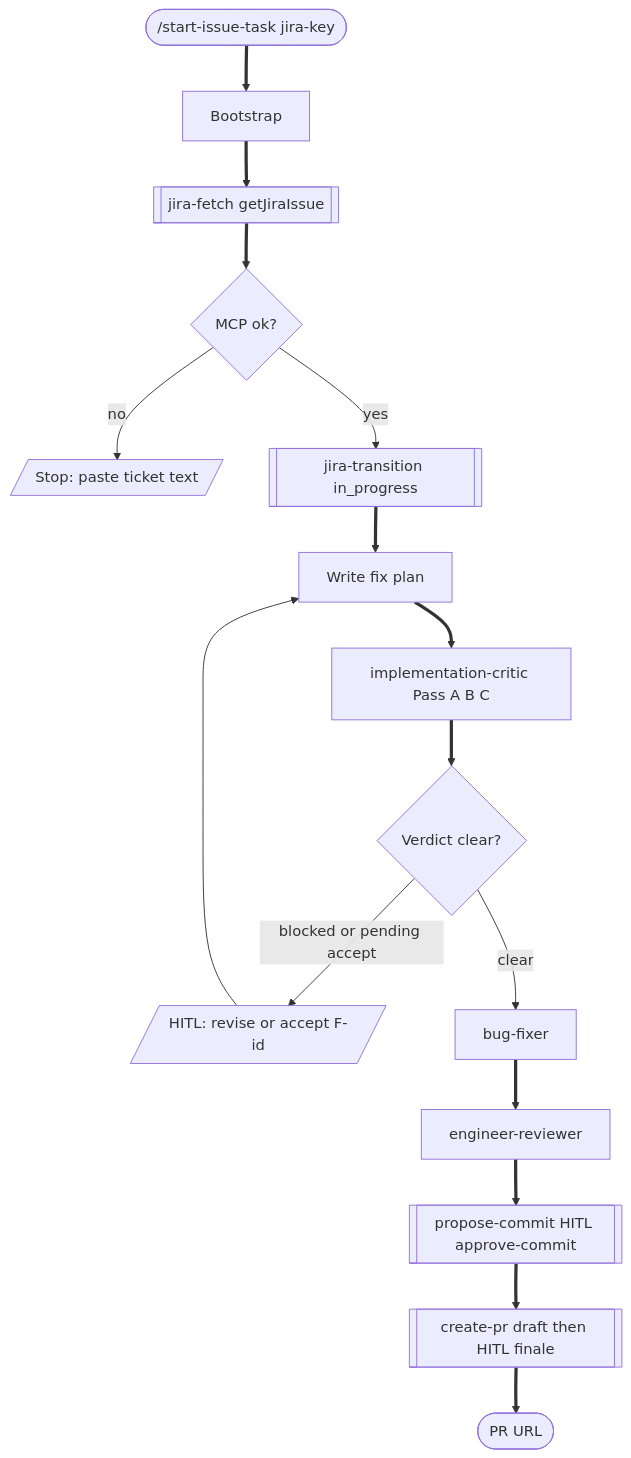
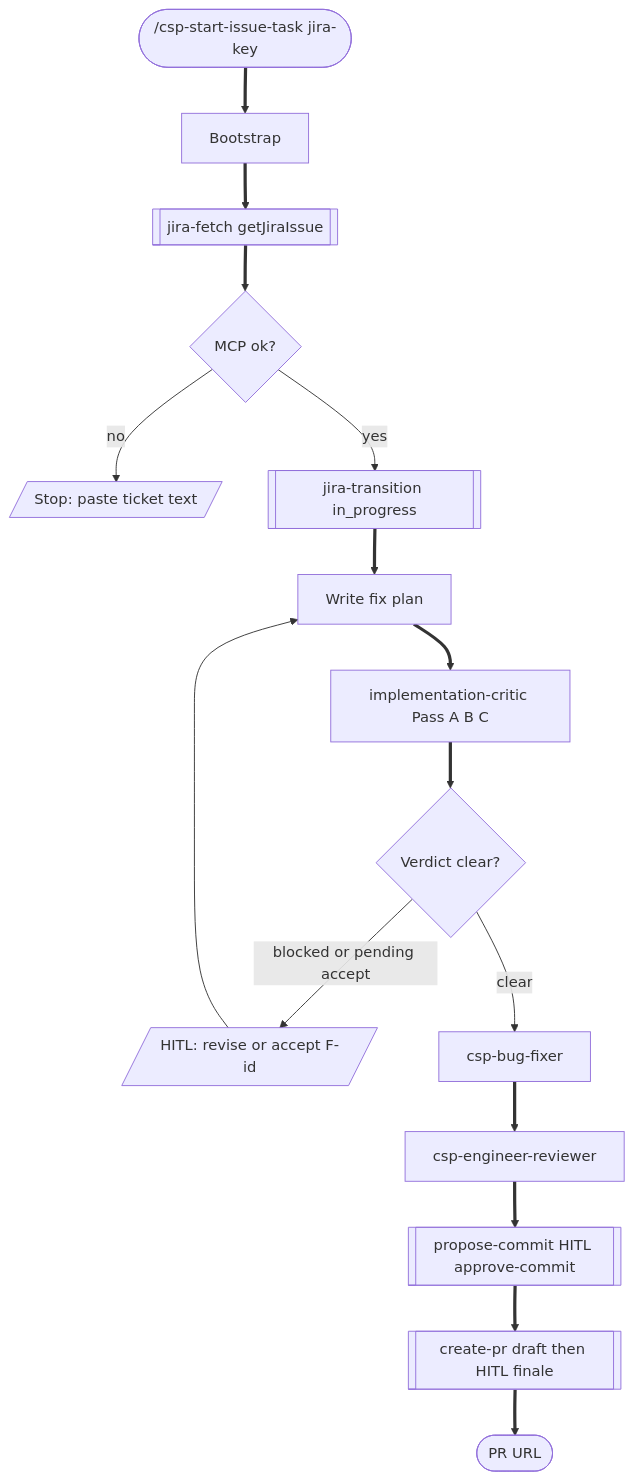
Before and after one commit to a-trembak/cursor-spells: diagram 13 of 14 in docs/superpowers/pipeline-flow.md, drawn with Mermaid. The commit also changed other lines of this file and 228 other files, not shown here.

````diff
--- a/docs/superpowers/pipeline-flow.md
+++ b/docs/superpowers/pipeline-flow.md
@@ -571,25 +571,25 @@
 ```mermaid
 flowchart TD
-  startIssue(["/start-issue-task jira-key"])
+  startIssue(["/csp-start-issue-task jira-key"])
   boot["Bootstrap"]
   jira[["jira-fetch getJiraIssue"]]
   jiraFail{MCP ok?}
   stopJira[/"Stop: paste ticket text"/]
   inProgress[["jira-transition in_progress"]]
   planFix["Write fix plan"]
   critic["implementation-critic Pass A B C"]
   verdict{Verdict clear?}
   hitlCrit[/"HITL: revise or accept F-id"/]
-  fixer["bug-fixer"]
-  review["engineer-reviewer"]
+  fixer["csp-bug-fixer"]
+  review["csp-engineer-reviewer"]
   commitNode[["propose-commit HITL approve-commit"]]
   prNode[["create-pr draft then HITL finale"]]
   doneIssue(["PR URL"])
 
   startIssue ==> boot ==> jira ==> jiraFail
   jiraFail -->|"no"| stopJira
   jiraFail -->|"yes"| inProgress ==> planFix ==> critic ==> verdict
   verdict -->|"blocked or pending accept"| hitlCrit
   hitlCrit --> planFix
   verdict -->|"clear"| fixer ==> review ==> commitNode ==> prNode ==> doneIssue
 ```
````
